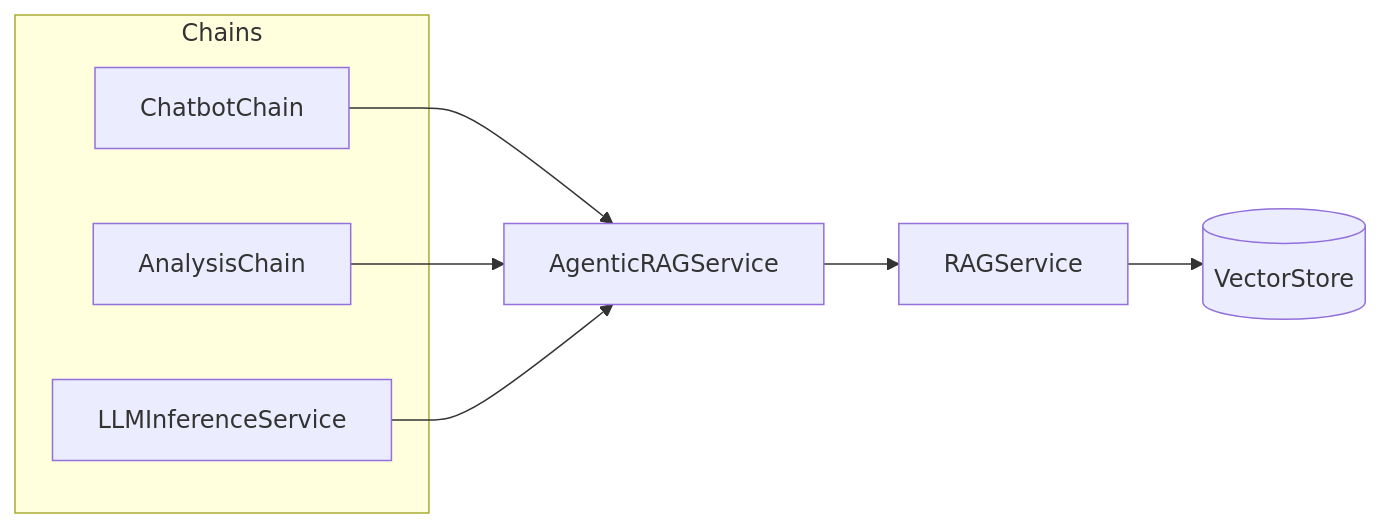
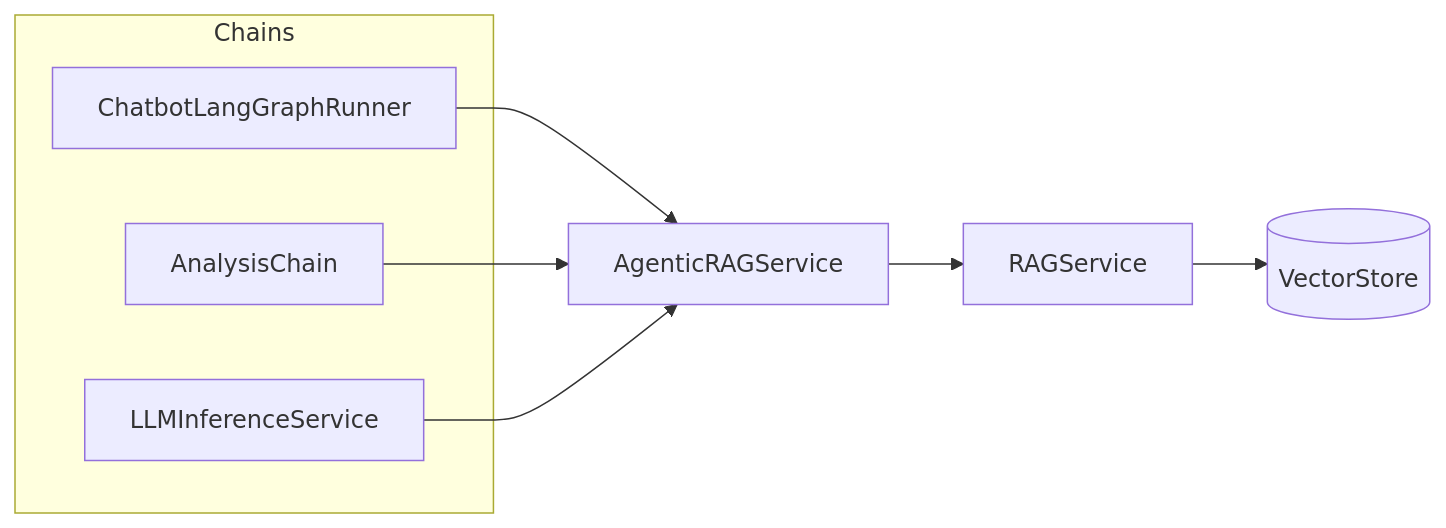
The fourth of 4 diagrams in framework-guide/RAG整体实现技术说明.md (gaocf888/models_app_framework), drawn with Mermaid before and after one commit. The commit also changed other lines of this file and 27 other files, not shown here.

````diff
--- a/framework-guide/RAG整体实现技术说明.md
+++ b/framework-guide/RAG整体实现技术说明.md
@@ -684,17 +685,17 @@
 ```mermaid
 flowchart LR
     subgraph Chains
-        CC[ChatbotChain]
+        CC[ChatbotLangGraphRunner]
         AC[AnalysisChain]
         LIC[LLMInferenceService]
     end
     ARS[AgenticRAGService]
     RS[RAGService]
     VS[(VectorStore)]
 
     CC --> ARS
     AC --> ARS
     LIC --> ARS
     ARS --> RS
     RS --> VS
 ```
````
